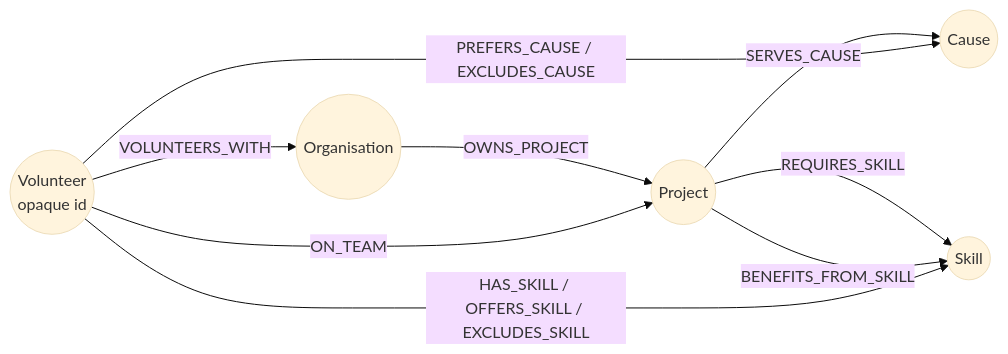
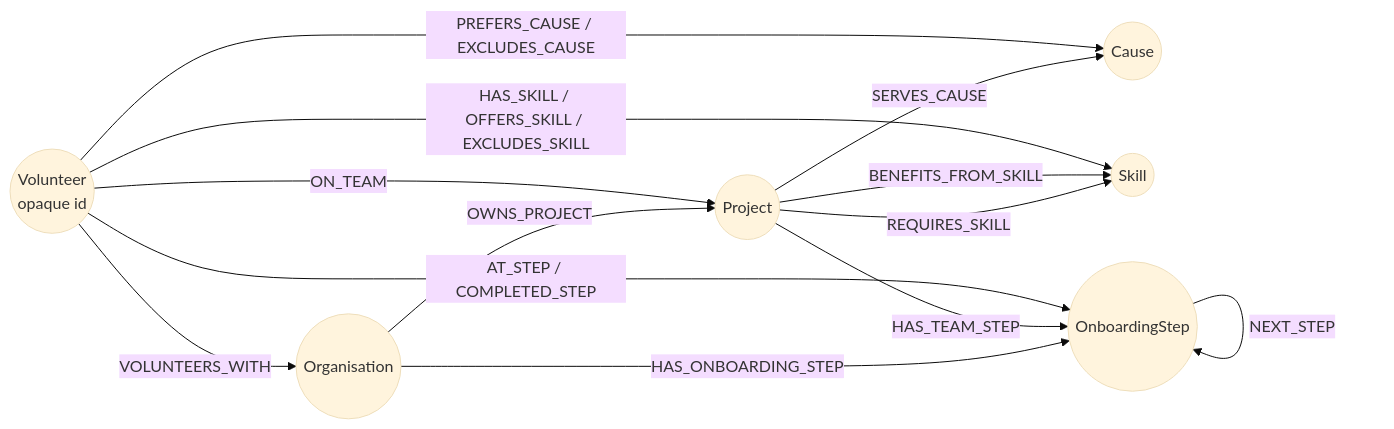
One commit to TheCyberScallywag/hackEntry changed the second of 3 diagrams in docs/content/project/relate.md. Above: the diagram before and after it, drawn with Mermaid (base theme). The commit also changed other lines of this file and 48 other files, not shown here.

````diff
--- a/docs/content/project/relate.md
+++ b/docs/content/project/relate.md
@@ -92,11 +92,15 @@
 ```mermaid
 flowchart LR
   O((Organisation)) -- OWNS_PROJECT --> P((Project))
   P -- SERVES_CAUSE --> C((Cause))
   P -- REQUIRES_SKILL --> S((Skill))
   P -- BENEFITS_FROM_SKILL --> S
   V((Volunteer<br/>opaque id)) -- "VOLUNTEERS_WITH" --> O
   V -- "HAS_SKILL / OFFERS_SKILL / EXCLUDES_SKILL" --> S
   V -- "PREFERS_CAUSE / EXCLUDES_CAUSE" --> C
   V -- "ON_TEAM" --> P
+  O -- HAS_ONBOARDING_STEP --> T((OnboardingStep))
+  P -- HAS_TEAM_STEP --> T
+  T -- NEXT_STEP --> T
+  V -- "AT_STEP / COMPLETED_STEP" --> T
 ```
````
